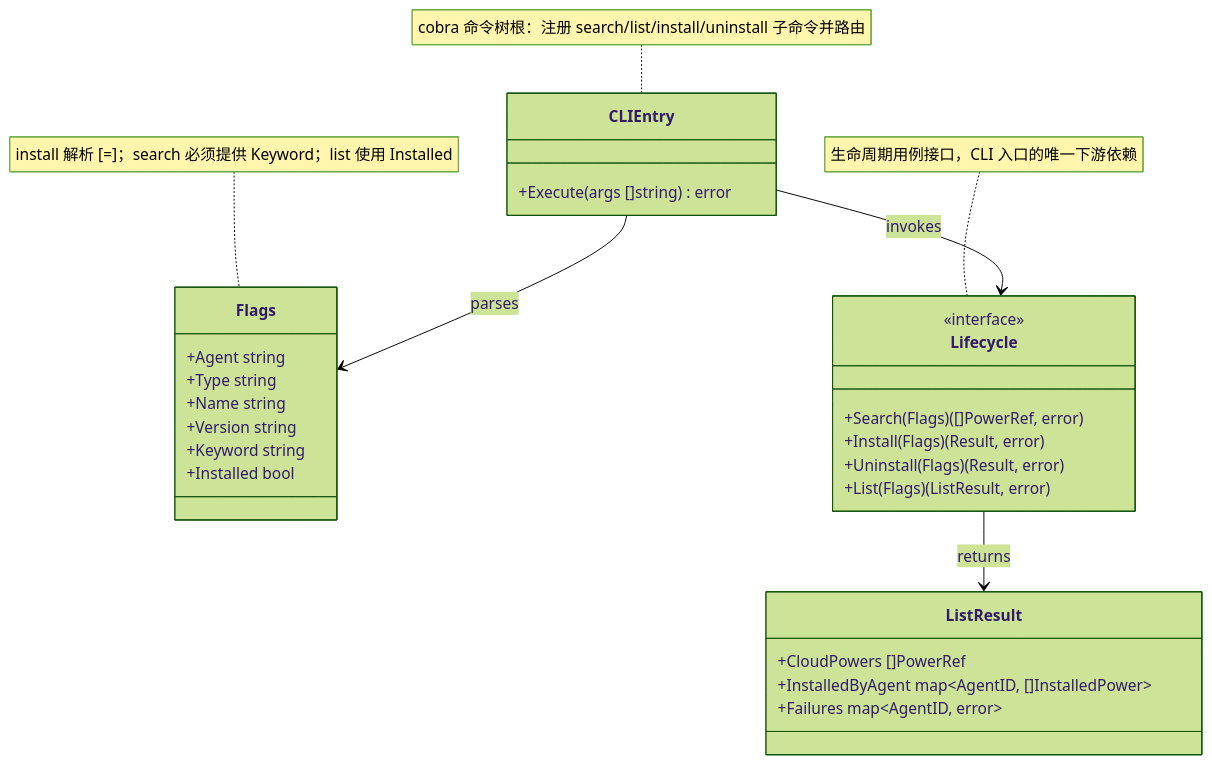
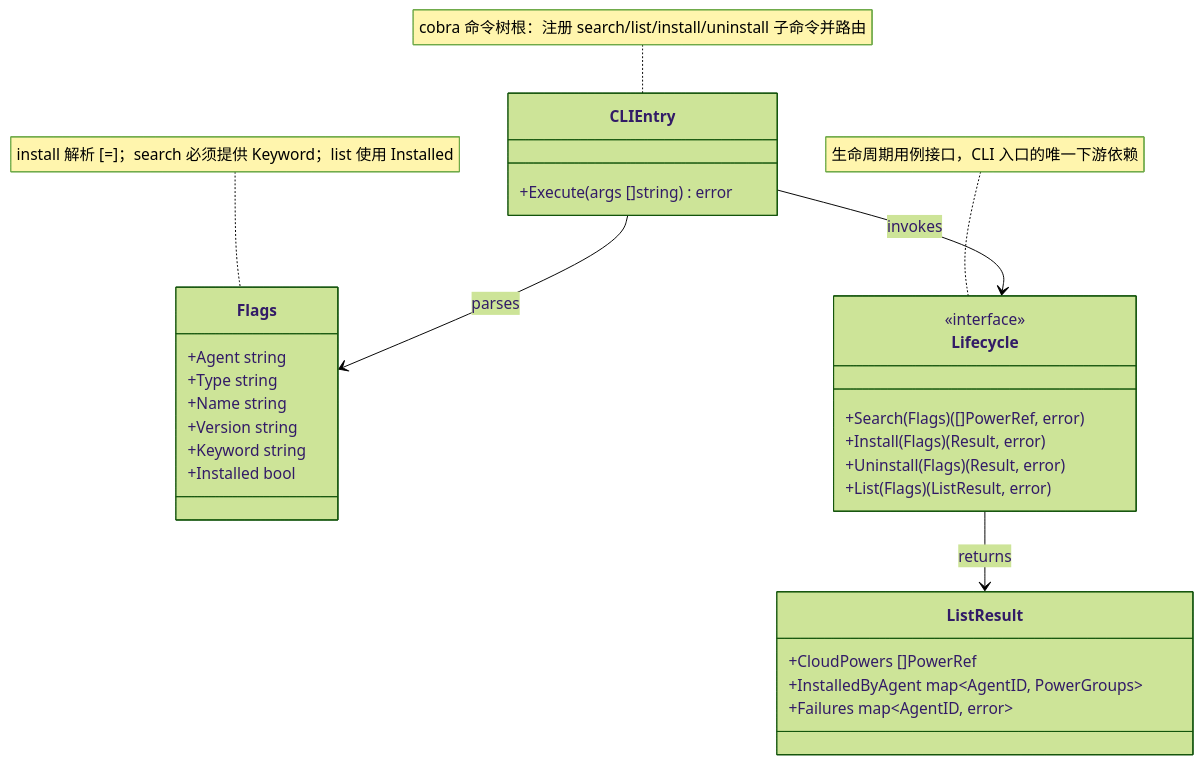
One commit to spacemit-com/agent-power-manager changed the diagram in ivory-tower/c4/components/apm-cli-diagrams/cli-entry.mmd. Above: the diagram before and after it, drawn with Mermaid (forest theme). The commit also changed 11 other files, not shown here.

Commit message:
docs: design agent power config repository

```diff
--- a/ivory-tower/c4/components/apm-cli-diagrams/cli-entry.mmd
+++ b/ivory-tower/c4/components/apm-cli-diagrams/cli-entry.mmd
@@ -1,34 +1,34 @@
 classDiagram
     note for Flags "install 解析 <power>[=<version>]；search 必须提供 Keyword；list 使用 Installed"
     class Flags {
         +Agent string
         +Type string
         +Name string
         +Version string
         +Keyword string
         +Installed bool
     }
 
     class ListResult {
         +CloudPowers []PowerRef
-        +InstalledByAgent map~AgentID, []InstalledPower~
+        +InstalledByAgent map~AgentID, PowerGroups~
         +Failures map~AgentID, error~
     }
 
     note for CLIEntry "cobra 命令树根：注册 search/list/install/uninstall 子命令并路由"
     class CLIEntry {
         +Execute(args []string) error
     }
 
     note for Lifecycle "生命周期用例接口，CLI 入口的唯一下游依赖"
     class Lifecycle {
         <<interface>>
         +Search(Flags) ([]PowerRef, error)
         +Install(Flags) (Result, error)
         +Uninstall(Flags) (Result, error)
         +List(Flags) (ListResult, error)
     }
 
     CLIEntry --> Flags : parses
     CLIEntry --> Lifecycle : invokes
     Lifecycle --> ListResult : returns
```
